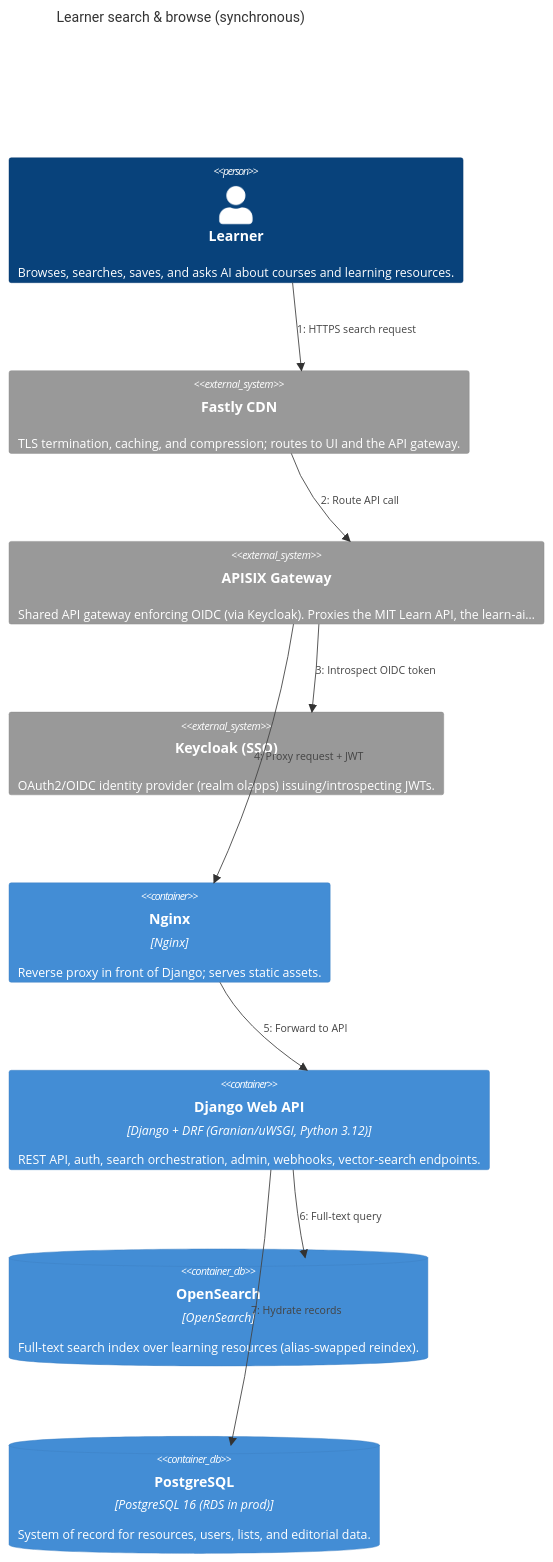
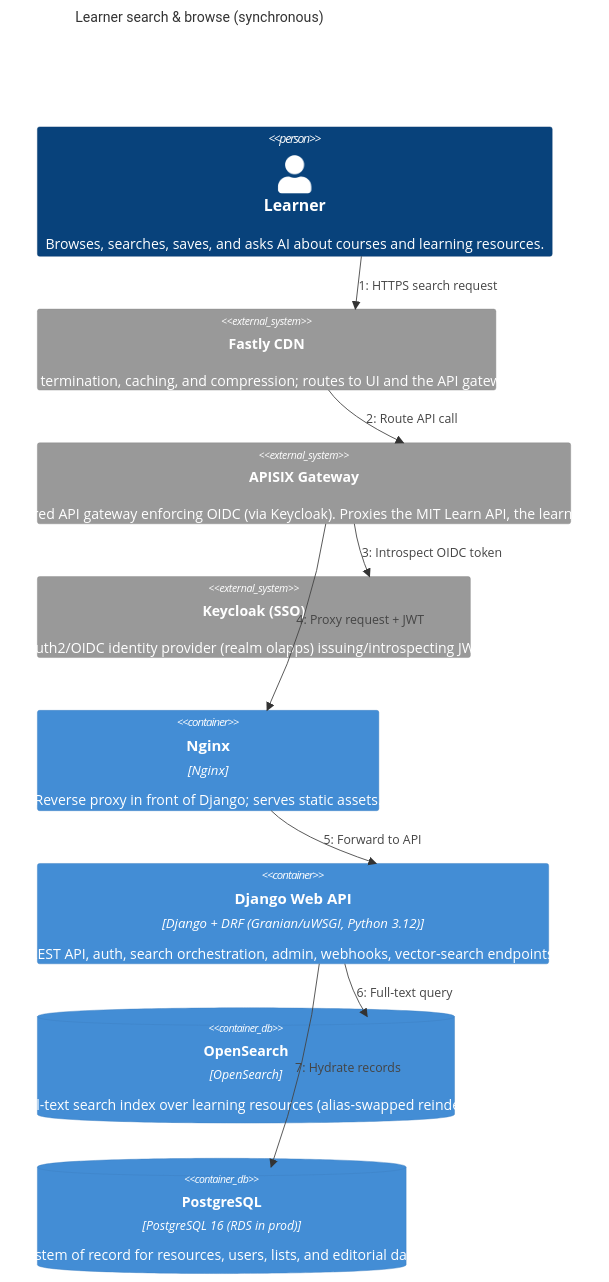
The first of 5 diagrams in docs/application_specific_guides/mit-learn/architecture/data-flows.md (mitodl/platform-engineering-site), drawn with Mermaid before and after one commit. The commit also changed other lines of this file and 9 other files, not shown here.

First line of the commit message:
Make C4 diagrams zoomable and less cramped

````diff
--- a/docs/application_specific_guides/mit-learn/architecture/data-flows.md
+++ b/docs/application_specific_guides/mit-learn/architecture/data-flows.md
@@ -29,19 +29,20 @@
 ```mermaid
+%%{init: {"c4": {"useMaxWidth": false, "c4ShapeInRow": 3, "c4BoundaryInRow": 2, "c4ShapeMargin": 30, "c4ShapePadding": 18, "width": 240, "height": 70, "personFontSize": 16, "external_personFontSize": 16, "systemFontSize": 16, "system_extFontSize": 16, "containerFontSize": 15, "container_extFontSize": 15, "containerDbFontSize": 15, "containerQueueFontSize": 15, "boundaryFontSize": 16, "messageFontSize": 14}}}%%
 C4Dynamic
   title Learner search & browse (synchronous)
   Person(learner, "Learner", "Browses, searches, saves, and asks AI about courses and learning resources.")
   System_Ext(fastly, "Fastly CDN", "TLS termination, caching, and compression; routes to UI and the API gateway.")
   System_Ext(apisix, "APISIX Gateway", "Shared API gateway enforcing OIDC (via Keycloak). Proxies the MIT Learn API, the learn-ai…")
   System_Ext(keycloak, "Keycloak (SSO)", "OAuth2/OIDC identity provider (realm olapps) issuing/introspecting JWTs.")
   Container(nginx, "Nginx", "Nginx", "Reverse proxy in front of Django; serves static assets.")
   Container(django_web, "Django Web API", "Django + DRF (Granian/uWSGI, Python 3.12)", "REST API, auth, search orchestration, admin, webhooks, vector-search endpoints.")
   ContainerDb(opensearch, "OpenSearch", "OpenSearch", "Full-text search index over learning resources (alias-swapped reindex).")
   ContainerDb(postgres, "PostgreSQL", "PostgreSQL 16 (RDS in prod)", "System of record for resources, users, lists, and editorial data.")
   Rel(learner, fastly, "HTTPS search request")
   Rel(fastly, apisix, "Route API call")
   Rel(apisix, keycloak, "Introspect OIDC token")
   Rel(apisix, nginx, "Proxy request + JWT")
   Rel(nginx, django_web, "Forward to API")
   Rel(django_web, opensearch, "Full-text query")
   Rel(django_web, postgres, "Hydrate records")
 ```
````
